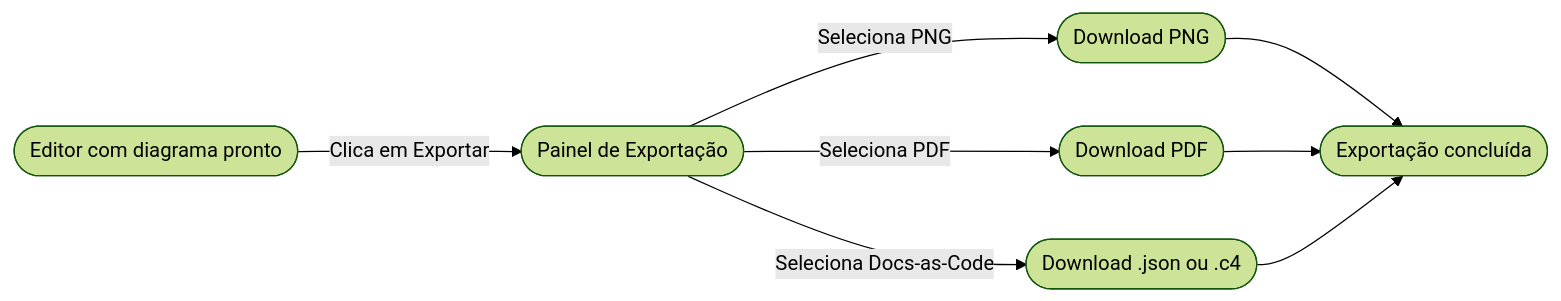
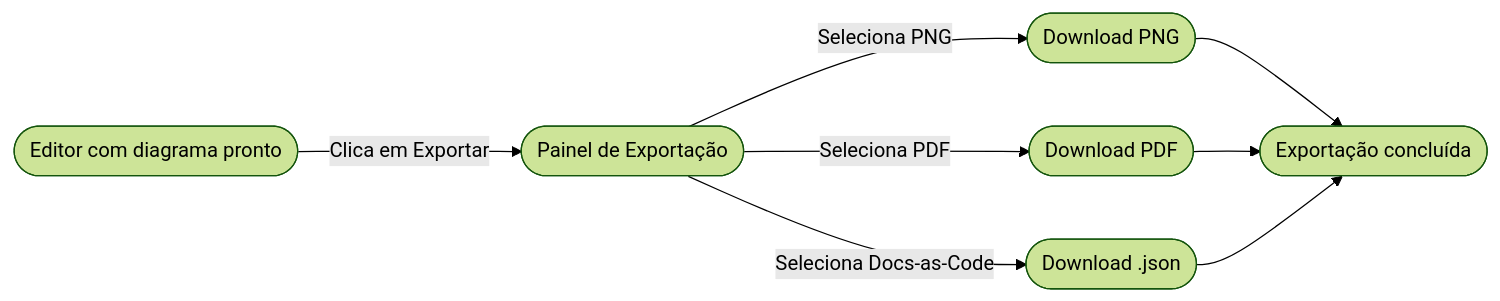
One commit to JGTamanini/C4Diagrams changed the third of 4 diagrams in RFC/capitulo-4/4.3-fluxo-de-interacao.md. Above: the diagram before and after it, drawn with Mermaid (forest theme). The commit also changed 5 other files, not shown here.

````diff
--- a/RFC/capitulo-4/4.3-fluxo-de-interacao.md
+++ b/RFC/capitulo-4/4.3-fluxo-de-interacao.md
@@ -46,10 +46,10 @@
 ```mermaid
 flowchart LR
     A([Editor com diagrama pronto]) -->|Clica em Exportar| B([Painel de Exportação])
     B -->|Seleciona PNG| C([Download PNG])
     B -->|Seleciona PDF| D([Download PDF])
-    B -->|Seleciona Docs-as-Code| E([Download .json ou .c4])
+    B -->|Seleciona Docs-as-Code| E([Download .json])
     C --> F([Exportação concluída])
     D --> F
     E --> F
 ```
````
